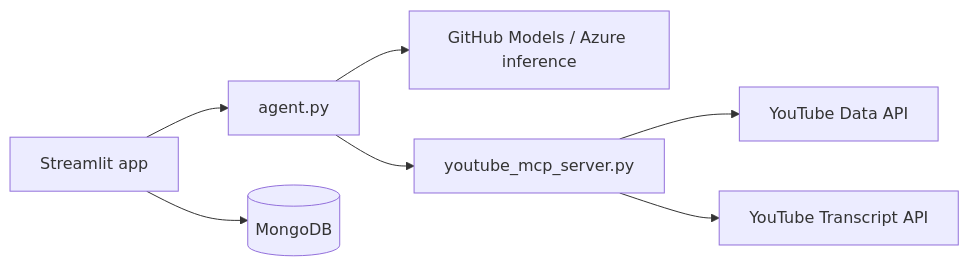
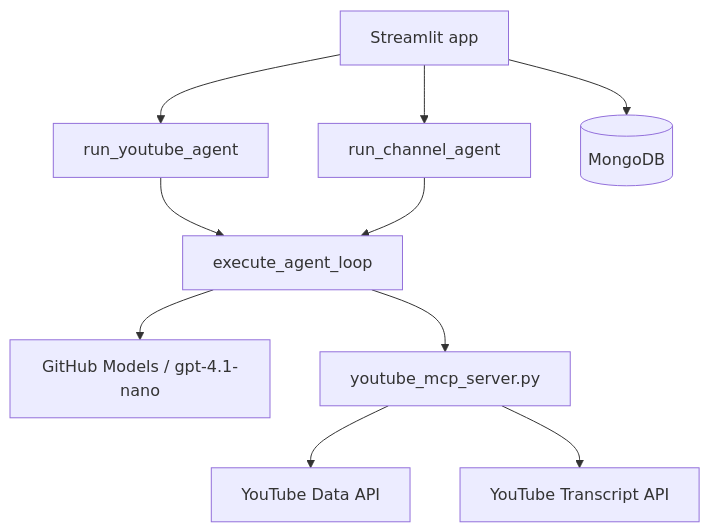
The diagram in README.md (ADARSHKUMAR2/Youtube_AI), drawn with Mermaid before and after one commit. The commit also changed other lines of this file, not shown here.

````diff
--- a/README.md
+++ b/README.md
@@ -7,9 +7,12 @@
 ```mermaid
-flowchart LR
-  UI[Streamlit app] --> Agent[agent.py]
-  Agent --> LLM[GitHub Models / Azure inference]
-  Agent --> MCP[youtube_mcp_server.py]
+flowchart TB
+  UI[Streamlit app] --> V[run_youtube_agent]
+  UI --> C[run_channel_agent]
+  V --> Loop[execute_agent_loop]
+  C --> Loop
+  Loop --> LLM[GitHub Models / gpt-4.1-nano]
+  Loop --> MCP[youtube_mcp_server.py]
   MCP --> YT[YouTube Data API]
   MCP --> TX[YouTube Transcript API]
   UI --> DB[(MongoDB)]
 ```
````
